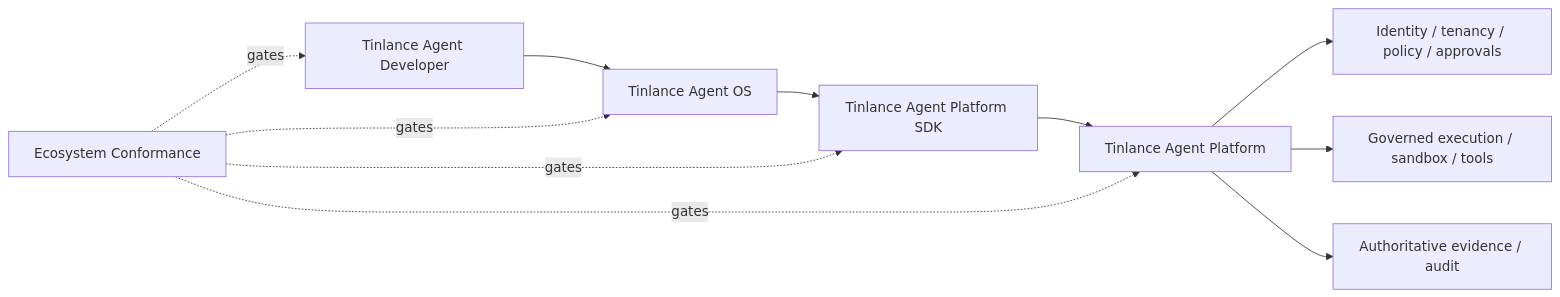
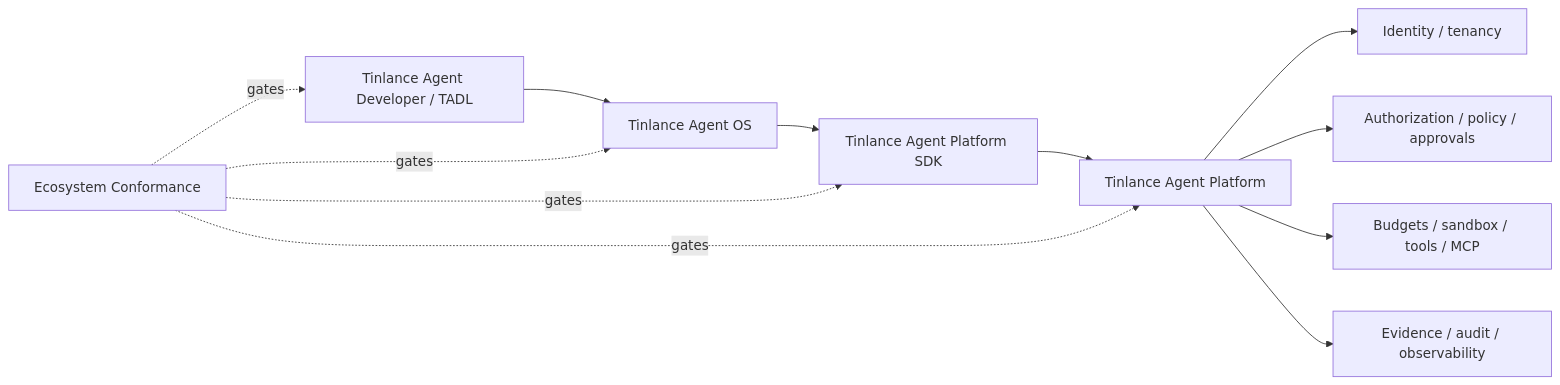
Before and after one commit to LloydCoder/tinlance-agent-platform: the diagram in docs/integration/ECOSYSTEM.md, drawn with Mermaid. The commit also changed other lines of this file, not shown here.

Commit message:
docs: reconcile enterprise milestone vocabulary and flowcharts (#71)
* docs: reconcile enterprise milestone vocabulary

* docs: align canonical ecosystem flowchart

````diff
--- a/docs/integration/ECOSYSTEM.md
+++ b/docs/integration/ECOSYSTEM.md
@@ -5,13 +5,14 @@
 ```mermaid
 flowchart LR
-    D[Tinlance Agent Developer] --> O[Tinlance Agent OS]
+    D[Tinlance Agent Developer / TADL] --> O[Tinlance Agent OS]
     O --> S[Tinlance Agent Platform SDK]
     S --> P[Tinlance Agent Platform]
-    P --> A[Identity / tenancy / policy / approvals]
-    P --> X[Governed execution / sandbox / tools]
-    P --> V[Authoritative evidence / audit]
+    P --> A[Identity / tenancy]
+    P --> Z[Authorization / policy / approvals]
+    P --> X[Budgets / sandbox / tools / MCP]
+    P --> V[Evidence / audit / observability]
     C[Ecosystem Conformance] -. gates .-> D
     C -. gates .-> O
     C -. gates .-> S
     C -. gates .-> P
 ```
````
